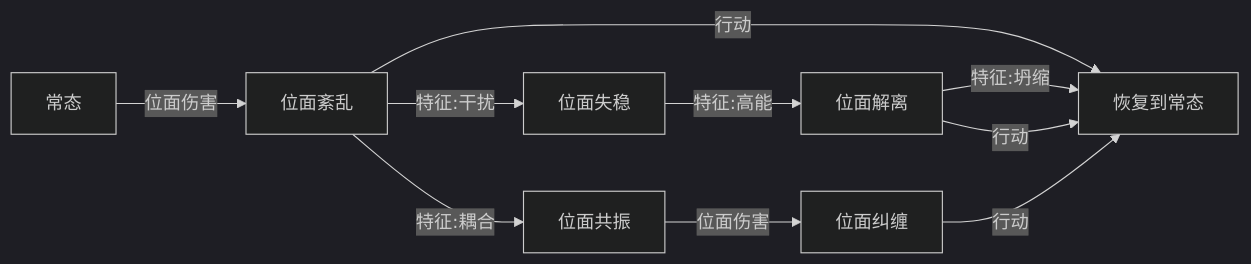
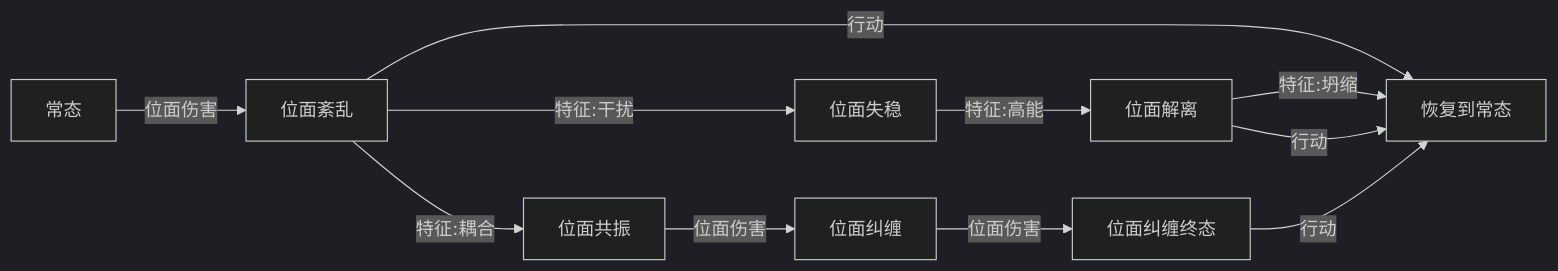
Before and after one commit to n-sym/n-sym.github.io: the diagram in _posts/2025-12-28-回合制设计.md, drawn with Mermaid (dark theme). The commit also changed other lines of this file and 2 other files, not shown here.

````diff
--- a/_posts/2025-12-28-回合制设计.md
+++ b/_posts/2025-12-28-回合制设计.md
@@ -122,20 +127,22 @@
 ``` mermaid
 graph LR
 A[常态]
 z[恢复到常态]
 a[位面紊乱]
 b[位面共振]
 c[位面解离]
 d[位面纠缠]
+dd[位面纠缠终态]
 e[位面失稳]
 
 A -->|位面伤害| a
 a -->|行动| z
 e -->|特征:高能| c
 a -->|特征:干扰| e
 c -->|特征:坍缩| z
 c -->|行动| z
 a -->|特征:耦合| b
-d -->|行动| z
+d -->|位面伤害| dd
+dd -->|行动| z
 b -->|位面伤害| d
 ```
````
